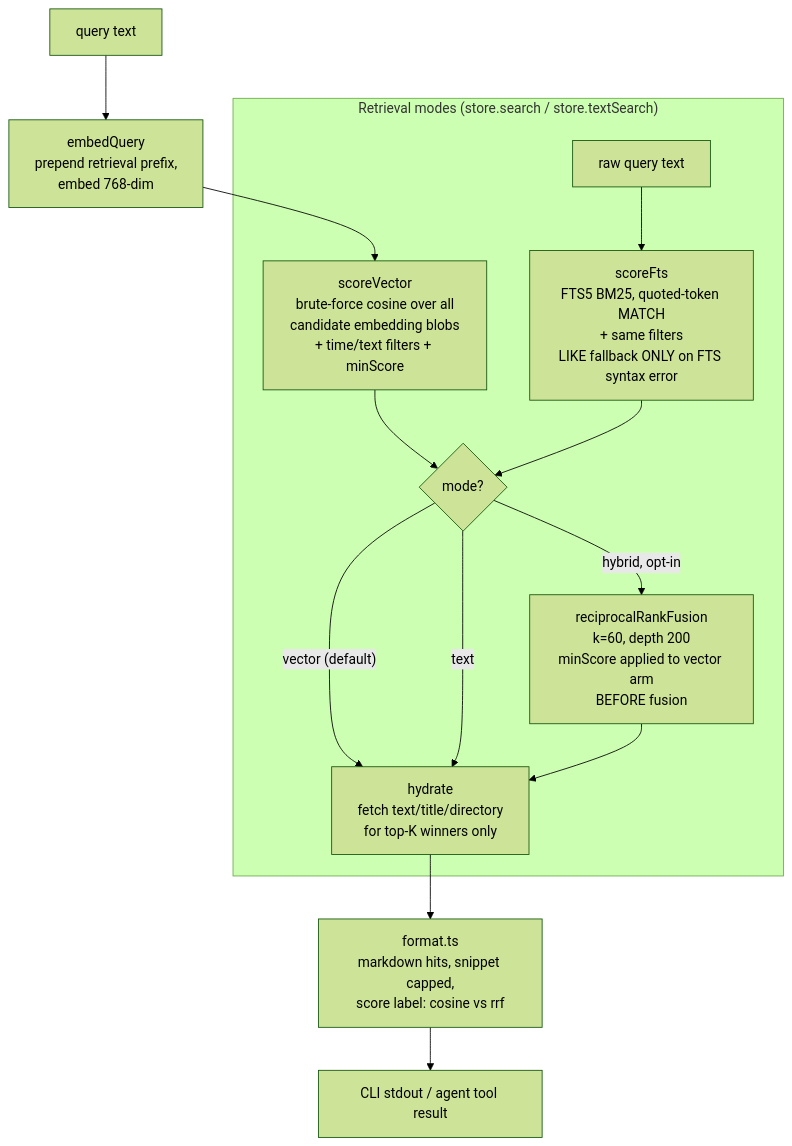
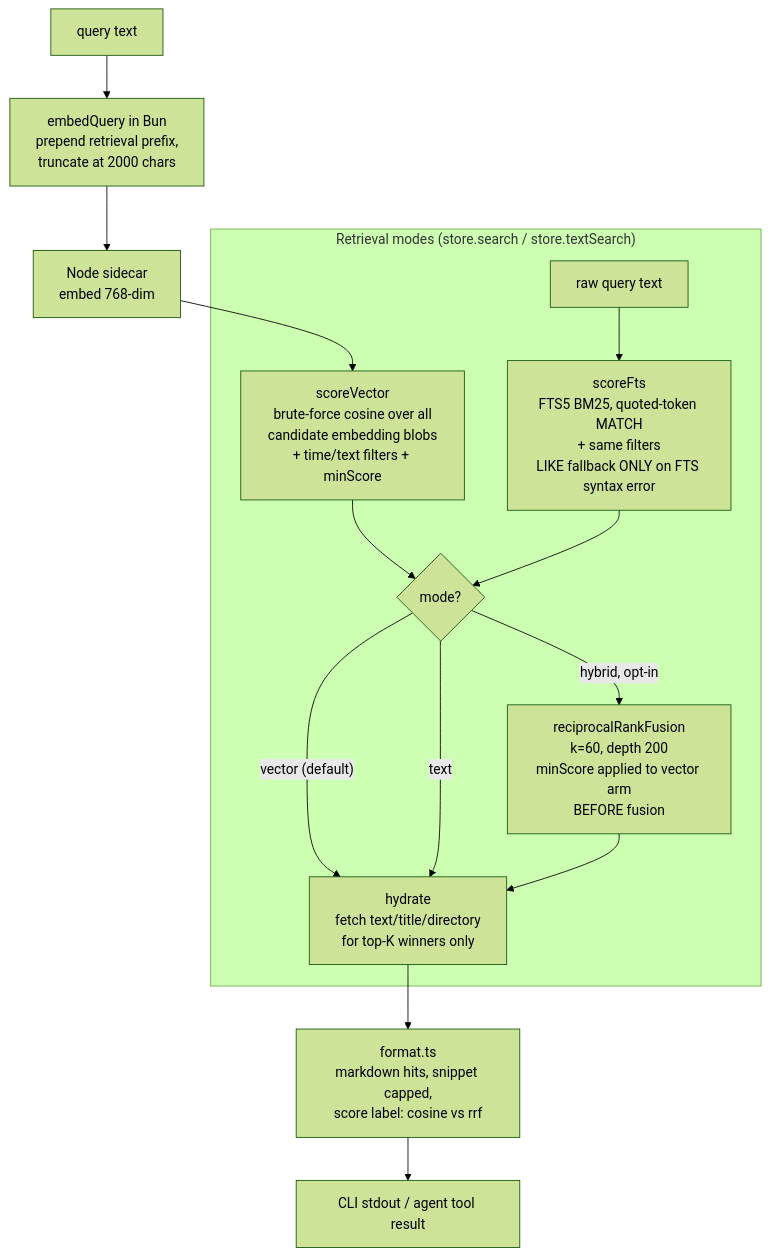
Before and after one commit to robertn702/opencode-episodic-memory: the third of 3 diagrams in ARCHITECTURE.md, drawn with Mermaid (forest theme). The commit also changed other lines of this file and 11 other files, not shown here.

Commit message:
fix: isolate embedding in a Node sidecar

````diff
--- a/ARCHITECTURE.md
+++ b/ARCHITECTURE.md
@@ -192,18 +203,19 @@
 ```mermaid
 flowchart TB
-    Q[query text] --> EQ["embedQuery<br/>prepend retrieval prefix,<br/>embed 768-dim"]
-    EQ --> V["scoreVector<br/>brute-force cosine over all<br/>candidate embedding blobs<br/>+ time/text filters + minScore"]
+    Q[query text] --> EQ["embedQuery in Bun<br/>prepend retrieval prefix,<br/>truncate at 2000 chars"]
+    EQ --> N["Node sidecar<br/>embed 768-dim"]
+    N --> V["scoreVector<br/>brute-force cosine over all<br/>candidate embedding blobs<br/>+ time/text filters + minScore"]
 
     subgraph Modes["Retrieval modes (store.search / store.textSearch)"]
         V --> D{mode?}
         D -->|"vector (default)"| H
         QT[raw query text] --> F["scoreFts<br/>FTS5 BM25, quoted-token MATCH<br/>+ same filters<br/>LIKE fallback ONLY on FTS syntax error"]
         F --> D
         D -->|text| H
         D -->|"hybrid, opt-in"| RRF["reciprocalRankFusion<br/>k=60, depth 200<br/>minScore applied to vector arm<br/>BEFORE fusion"]
         RRF --> H
     end
 
     H["hydrate<br/>fetch text/title/directory<br/>for top-K winners only"] --> FMT["format.ts<br/>markdown hits, snippet capped,<br/>score label: cosine vs rrf"]
     FMT --> OUT[CLI stdout / agent tool result]
 ```
````
